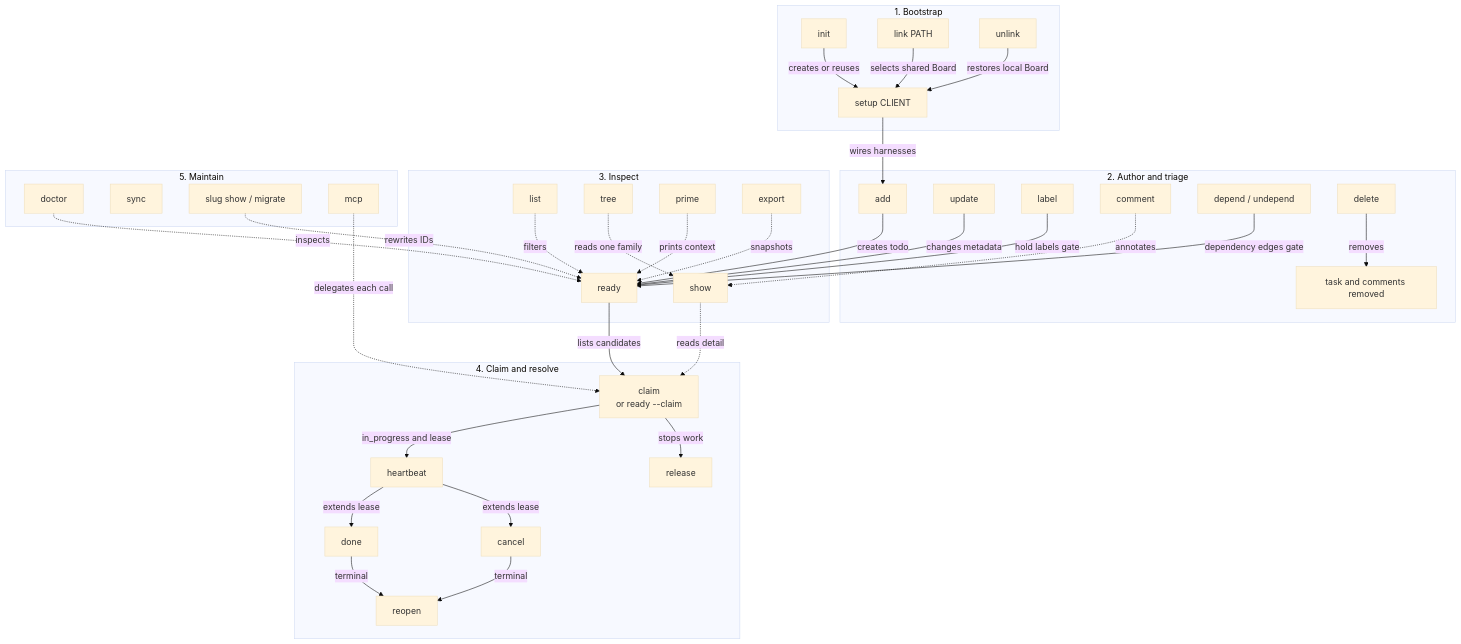
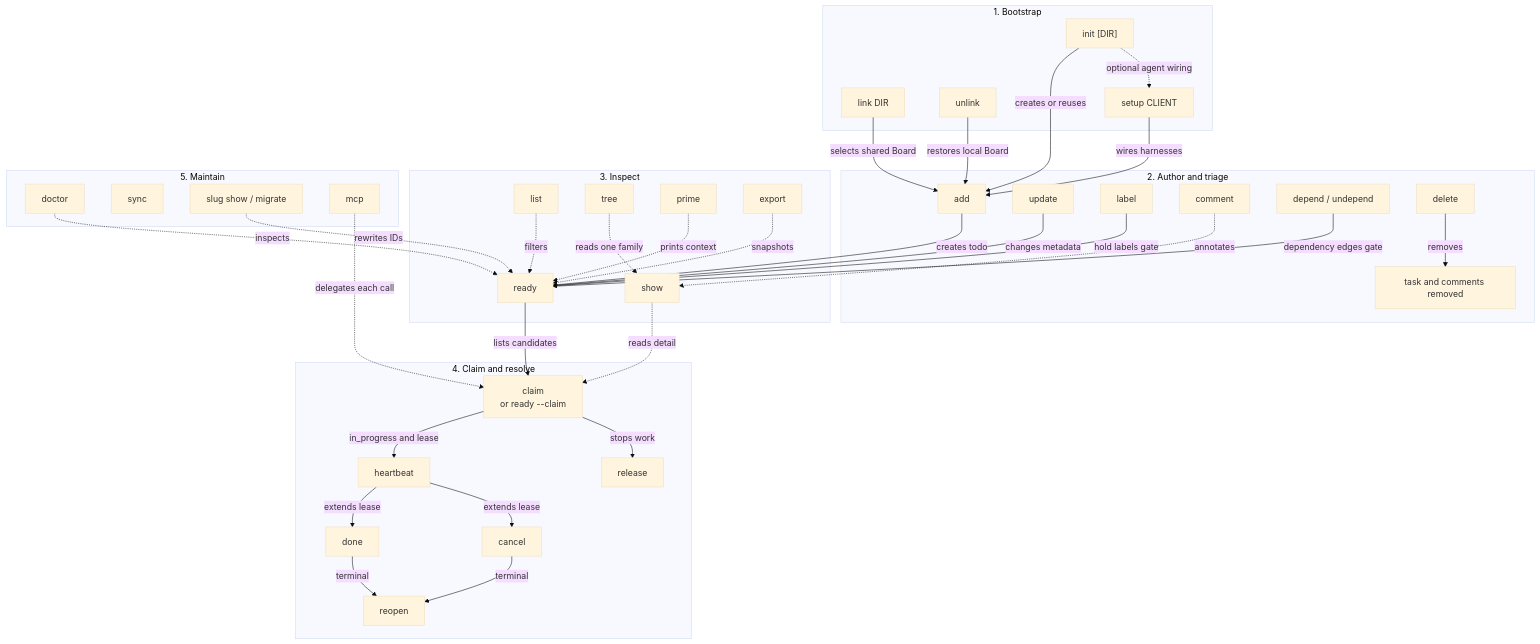
The sixth of 14 diagrams in docs/ARCHITECTURE.md (rcmendes/orbit), drawn with Mermaid (base theme) before and after one commit. The commit also changed other lines of this file and 12 other files, not shown here.

````diff
--- a/docs/ARCHITECTURE.md
+++ b/docs/ARCHITECTURE.md
@@ -359,70 +371,71 @@
 ```mermaid
 flowchart TB
     subgraph Bootstrap["1. Bootstrap"]
-        INIT["init"]
-        LINK["link PATH"]
+        INIT["init [DIR]"]
+        LINK["link DIR"]
         UNLINK["unlink"]
         SETUP["setup CLIENT"]
     end
 
     subgraph Author["2. Author and triage"]
         ADD["add"]
         UPDATE["update"]
         LABEL["label"]
         COMMENT["comment"]
         DEPEND["depend / undepend"]
         DELETE["delete"]
         DELETED["task and comments removed"]
     end
 
     subgraph Inspect["3. Inspect"]
         LIST["list"]
         SHOW["show"]
         TREE["tree"]
         READY["ready"]
         PRIME["prime"]
         EXPORT["export"]
     end
 
     subgraph Execute["4. Claim and resolve"]
         CLAIM["claim<br/>or ready --claim"]
         HEART["heartbeat"]
         RELEASE["release"]
         DONE["done"]
         CANCEL["cancel"]
         REOPEN["reopen"]
     end
 
     subgraph Maintain["5. Maintain"]
         DOCTOR["doctor"]
         SYNC["sync"]
         SLUG["slug show / migrate"]
         MCP["mcp"]
     end
 
-    INIT -->|creates or reuses| SETUP
-    LINK -->|selects shared Board| SETUP
-    UNLINK -->|restores local Board| SETUP
+    INIT -->|creates or reuses| ADD
+    INIT -.->|optional agent wiring| SETUP
+    LINK -->|selects shared Board| ADD
+    UNLINK -->|restores local Board| ADD
     SETUP -->|wires harnesses| ADD
     ADD -->|creates todo| READY
     UPDATE -->|changes metadata| READY
     LABEL -->|hold labels gate| READY
     DEPEND -->|dependency edges gate| READY
     DELETE -->|removes| DELETED
     LIST -.->|filters| READY
     SHOW -.->|reads detail| CLAIM
     TREE -.->|reads one family| SHOW
     COMMENT -.->|annotates| SHOW
     PRIME -.->|prints context| READY
     EXPORT -.->|snapshots| READY
     READY -->|lists candidates| CLAIM
     CLAIM -->|in_progress and lease| HEART
     HEART -->|extends lease| DONE
     HEART -->|extends lease| CANCEL
     CLAIM -->|stops work| RELEASE
     DONE -->|terminal| REOPEN
     CANCEL -->|terminal| REOPEN
     DOCTOR -.->|inspects| READY
     SLUG -.->|rewrites IDs| READY
     MCP -.->|delegates each call| CLAIM
 ```
````
